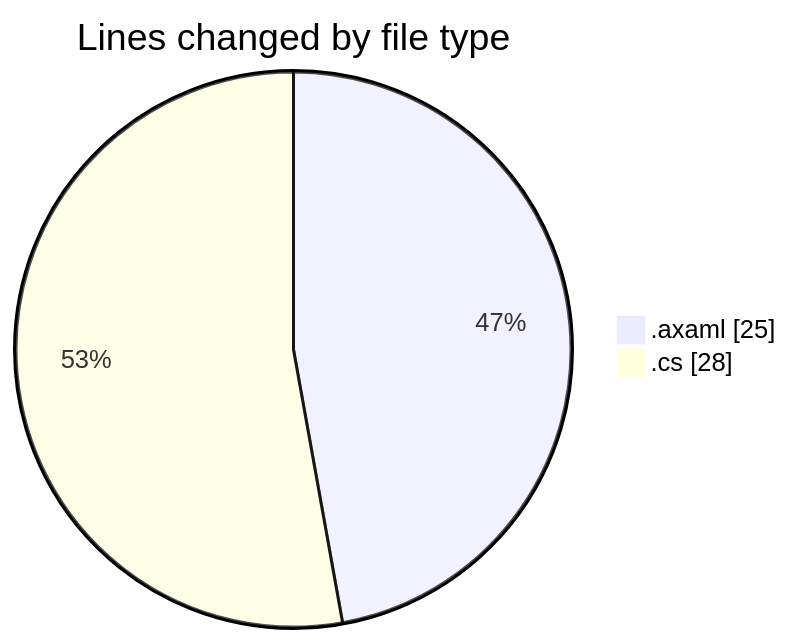
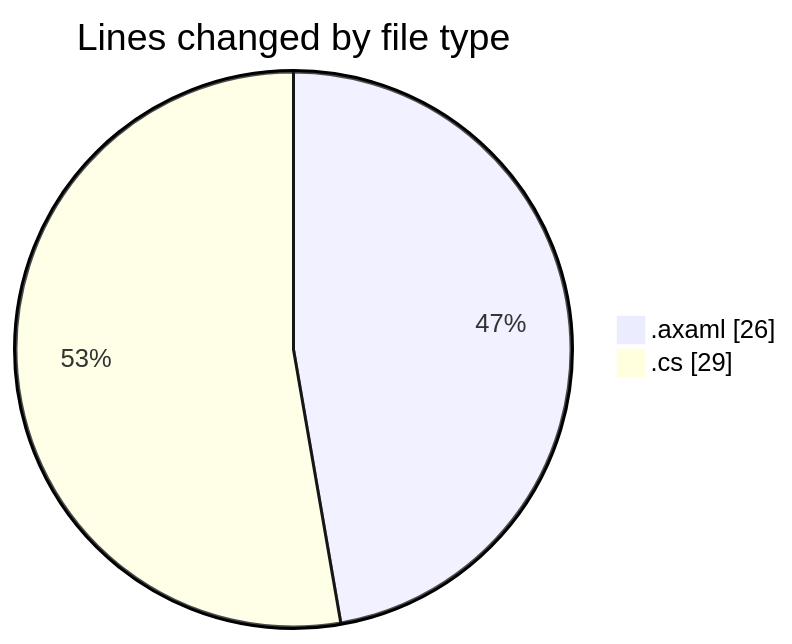
The first of 2 diagrams in 2025-10-30/skintrack/README.md (Netris89/code-tracking), drawn with Mermaid before and after one commit. The commit also changed other lines of this file and 1 other file, not shown here.

````diff
--- a/2025-10-30/skintrack/README.md
+++ b/2025-10-30/skintrack/README.md
@@ -21,6 +21,6 @@
 ```mermaid
 pie showData
 title Lines changed by file type
-".axaml" : 25
-".cs" : 28
+".axaml" : 26
+".cs" : 29
 ```
````
